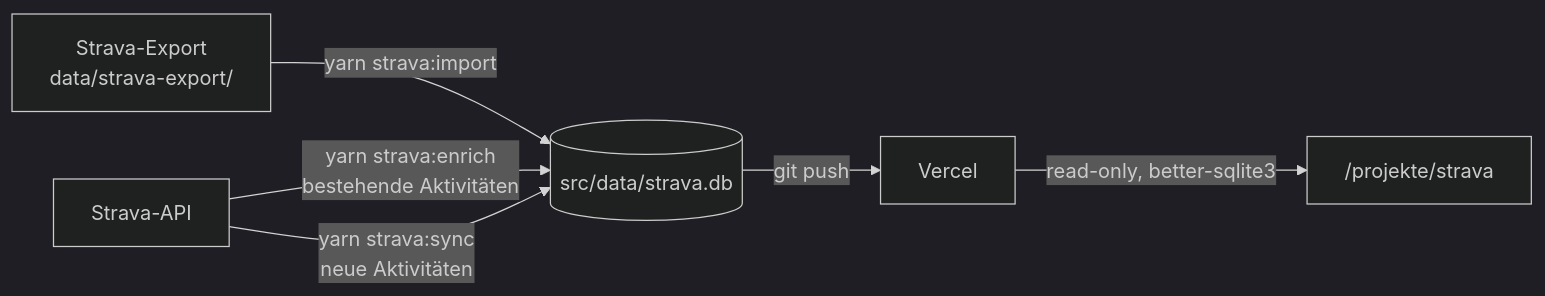
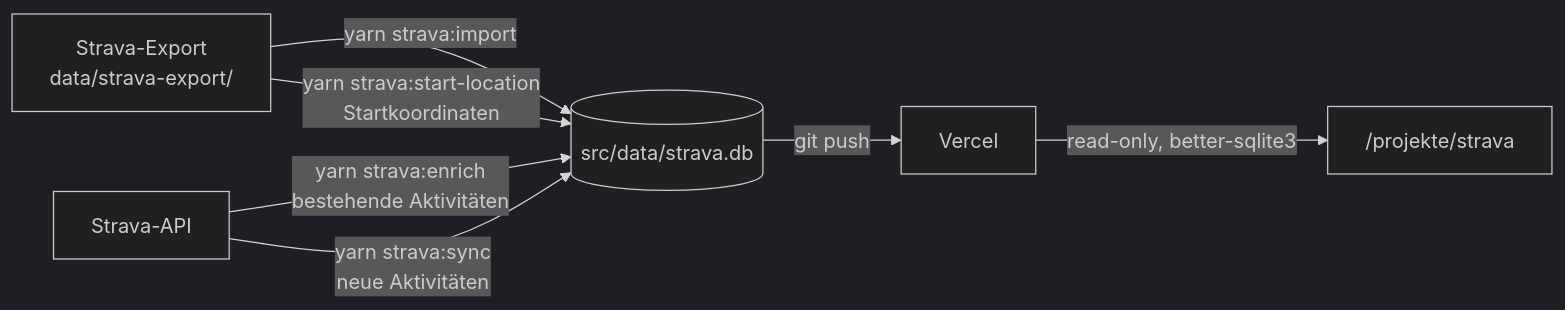
Before and after one commit to larswittenberg/larswittenberg.de: the diagram in docs/projekte/Strava-Dashboard/README.md, drawn with Mermaid (dark theme). The commit also changed other lines of this file and 14 other files, not shown here.

First line of the commit message:
feat(strava): store rounded activity start coordinates

````diff
--- a/docs/projekte/Strava-Dashboard/README.md
+++ b/docs/projekte/Strava-Dashboard/README.md
@@ -49,8 +51,9 @@
 ```mermaid
 flowchart LR
 	E[Strava-Export<br>data/strava-export/] -->|yarn strava:import| DB[(src/data/strava.db)]
+	E -->|yarn strava:start-location<br>Startkoordinaten| DB
 	A[Strava-API] -->|yarn strava:enrich<br>bestehende Aktivitäten| DB
 	A -->|yarn strava:sync<br>neue Aktivitäten| DB
 	DB -->|git push| V[Vercel]
 	V -->|read-only, better-sqlite3| D["/projekte/strava"]
 ```
````
